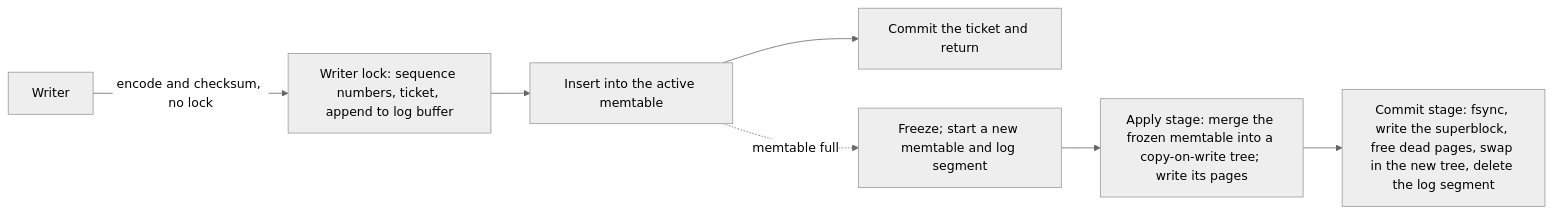
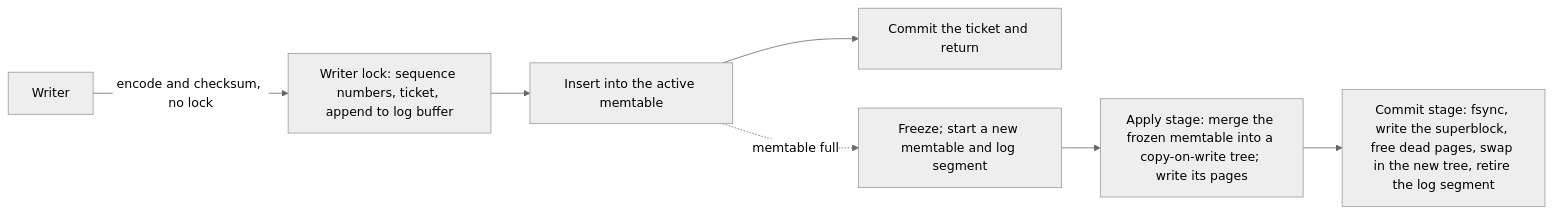
One commit to danthegoodman1/lionturtle changed the diagram in README.md. Above: the diagram before and after it, drawn with Mermaid (neutral theme). The commit also changed other lines of this file and 9 other files, not shown here.

````diff
--- a/README.md
+++ b/README.md
@@ -146,9 +146,9 @@
 ```mermaid
 flowchart LR
   W[Writer] -->|encode and checksum, no lock| L[Writer lock: sequence numbers, ticket, append to log buffer]
   L --> M[Insert into the active memtable]
   M --> C[Commit the ticket and return]
   M -.->|memtable full| F[Freeze; start a new memtable and log segment]
   F --> A[Apply stage: merge the frozen memtable into a copy-on-write tree; write its pages]
-  A --> K[Commit stage: fsync, write the superblock, free dead pages, swap in the new tree, delete the log segment]
+  A --> K[Commit stage: fsync, write the superblock, free dead pages, swap in the new tree, retire the log segment]
 ```
````
